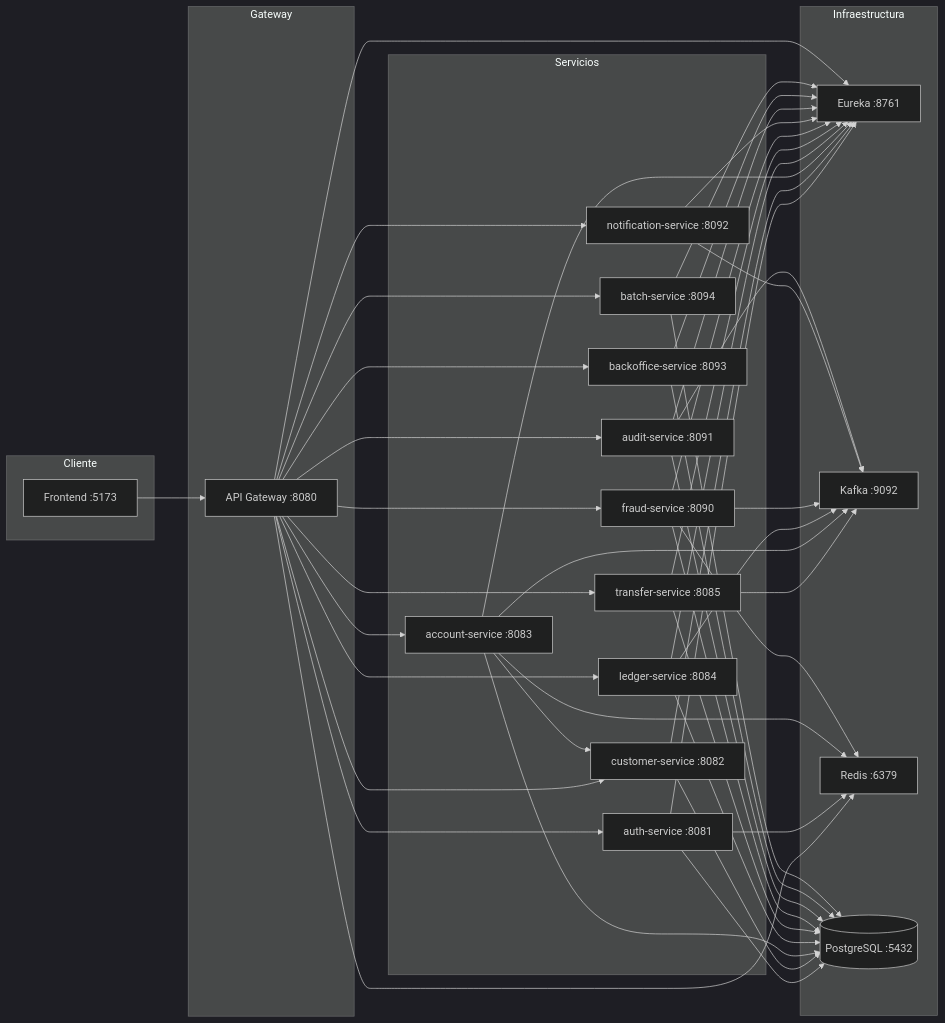
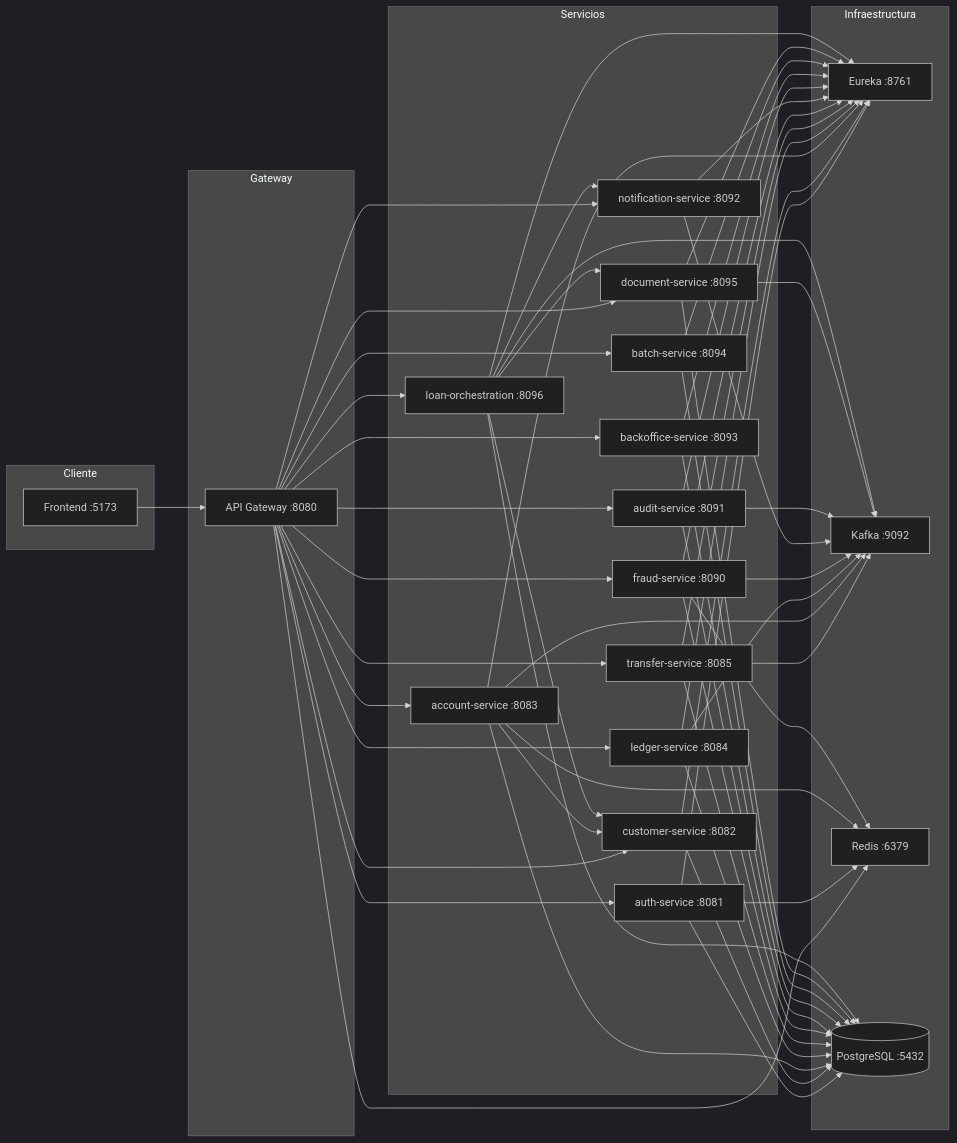
One commit to abelgomezc/fincore changed the first of 2 diagrams in README.md. Above: the diagram before and after it, drawn with Mermaid (dark theme). The commit also changed other lines of this file and 77 other files, not shown here.

````diff
--- a/README.md
+++ b/README.md
@@ -44,6 +46,8 @@
         AUDIT[audit-service :8091]
         BACK[backoffice-service :8093]
         BATCH[batch-service :8094]
+        DOC[document-service :8095]
+        LOAN[loan-orchestration :8096]
     end
 
     subgraph Infraestructura
@@ -64,6 +68,8 @@
     G --> AUDIT
     G --> BACK
     G --> BATCH
+    G --> DOC
+    G --> LOAN
 
     AUTH --> EUREKA
     CUST --> EUREKA
@@ -75,7 +81,8 @@
     AUDIT --> EUREKA
     BACK --> EUREKA
     BATCH --> EUREKA
-    G --> EUREKA
+    DOC --> EUREKA
+    LOAN --> EUREKA
 
     TX --> KAFKA
     ACC --> KAFKA
@@ -83,6 +90,8 @@
     FRAUD --> KAFKA
     NOTIF --> KAFKA
     AUDIT --> KAFKA
+    DOC --> KAFKA
+    LOAN --> KAFKA
 
     G --> REDIS
     AUTH --> REDIS
@@ -90,6 +99,9 @@
     FRAUD --> REDIS
 
     ACC --> CUST
+    LOAN --> CUST
+    LOAN --> DOC
+    LOAN --> NOTIF
 
     AUTH --> PG
     CUST --> PG
@@ -100,4 +112,6 @@
     AUDIT --> PG
     BACK --> PG
     BATCH --> PG
+    DOC --> PG
+    LOAN --> PG
 ```
````
